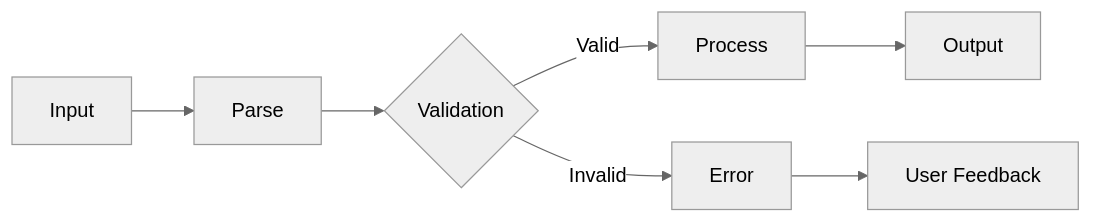
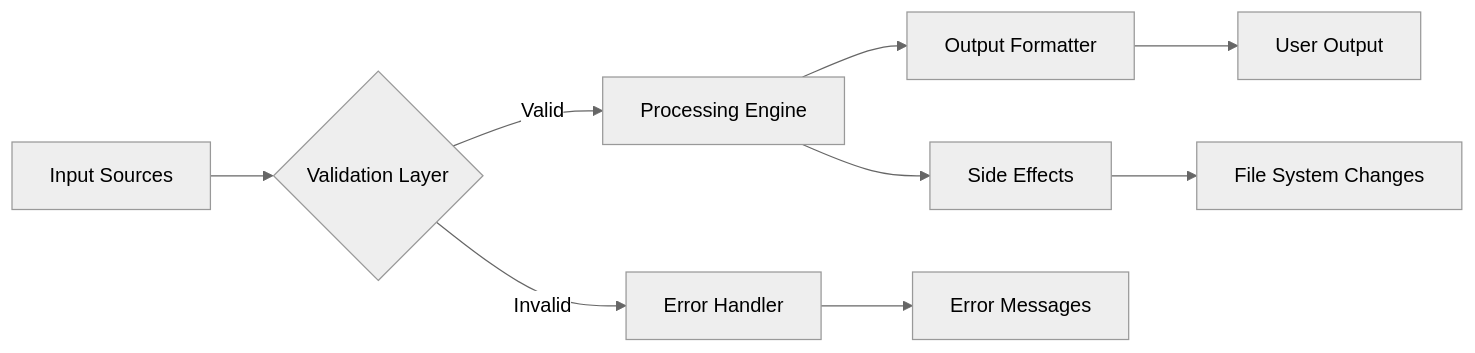
One commit to xincheng213618/OpenDeepWiki changed the third of 6 diagrams in src/KoalaWiki/Prompts/Warehouse/GenerateDocsCLITools.md. Above: the diagram before and after it, drawn with Mermaid (neutral theme). The commit also changed other lines of this file and 31 other files, not shown here.

````diff
--- a/src/KoalaWiki/Prompts/Warehouse/GenerateDocsCLITools.md
+++ b/src/KoalaWiki/Prompts/Warehouse/GenerateDocsCLITools.md
@@ -107,9 +104,11 @@
 ```mermaid
 flowchart LR
-    A[Input] --> B[Parse]
-    B --> C{Validation}
-    C -->|Valid| D[Process]
-    C -->|Invalid| E[Error]
-    D --> F[Output]
-    E --> G[User Feedback]
+    A[Input Sources] --> B{Validation Layer}
+    B -->|Valid| C[Processing Engine]
+    B -->|Invalid| D[Error Handler]
+    C --> E[Output Formatter]
+    C --> F[Side Effects]
+    E --> G[User Output]
+    F --> H[File System Changes]
+    D --> I[Error Messages]
 ```
````
